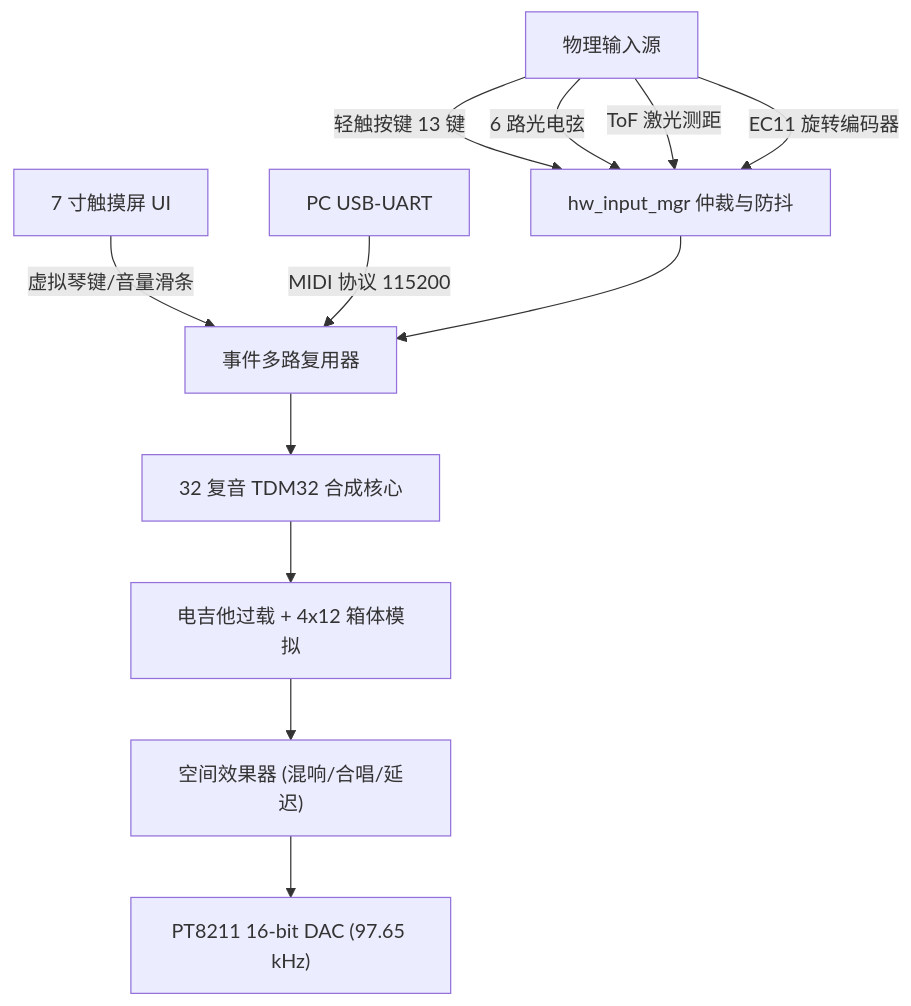
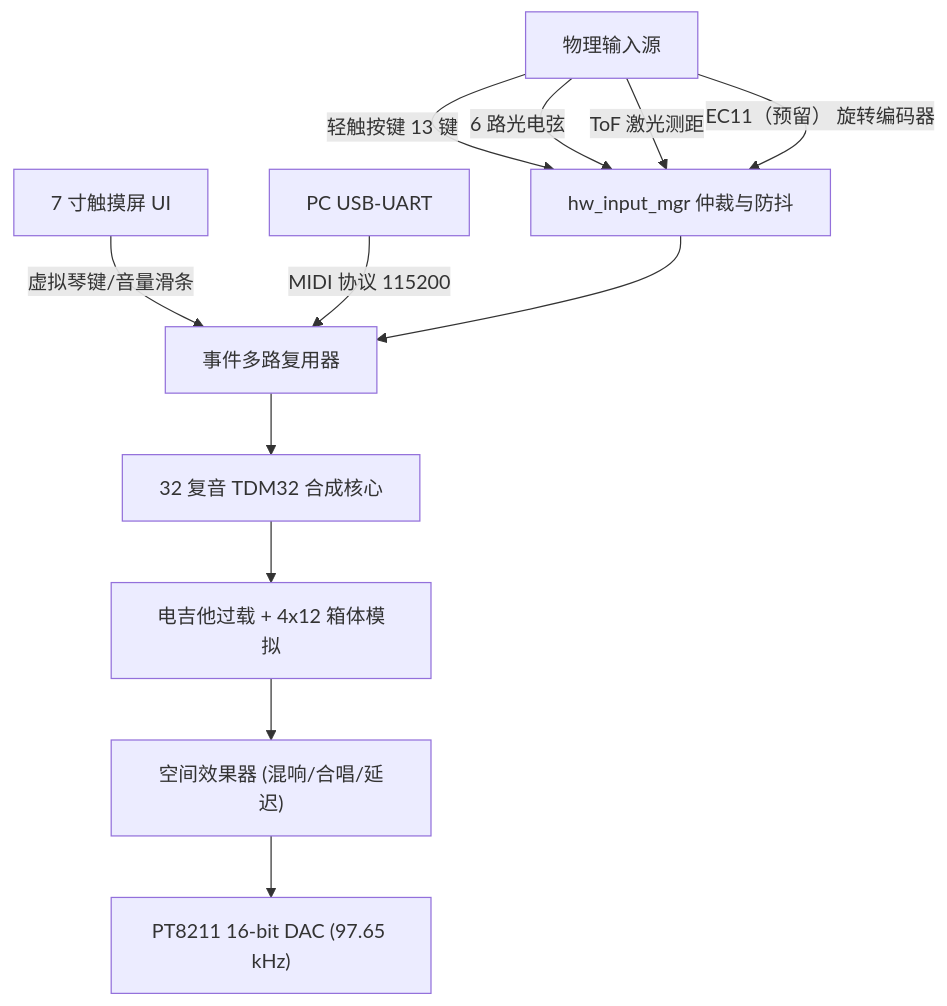
The diagram in fpga_spark/lcd_test/docs/USER_MANUAL.md (wongben2333-crypto/26Embedded), drawn with Mermaid before and after one commit. The commit also changed other lines of this file and 87 other files, not shown here.

````diff
--- a/fpga_spark/lcd_test/docs/USER_MANUAL.md
+++ b/fpga_spark/lcd_test/docs/USER_MANUAL.md
@@ -139,14 +141,14 @@
 ```mermaid
 graph TD
     A["物理输入源"] -->|"轻触按键 13 键"| B["hw_input_mgr 仲裁与防抖"]
     A -->|"6 路光电弦"| B
     A -->|"ToF 激光测距"| B
-    A -->|"EC11 旋转编码器"| B
+    A -->|"EC11（预留） 旋转编码器"| B
     C["7 寸触摸屏 UI"] -->|"虚拟琴键/音量滑条"| D["事件多路复用器"]
     E["PC USB-UART"] -->|"MIDI 协议 115200"| D
     B --> D
     D --> F["32 复音 TDM32 合成核心"]
     F --> G["电吉他过载 + 4x12 箱体模拟"]
     G --> H["空间效果器 (混响/合唱/延迟)"]
     H --> I["PT8211 16-bit DAC (97.65 kHz)"]
 ```
````
